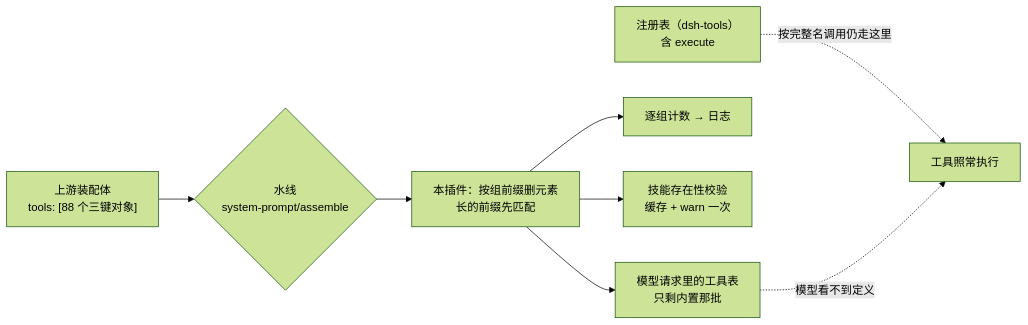
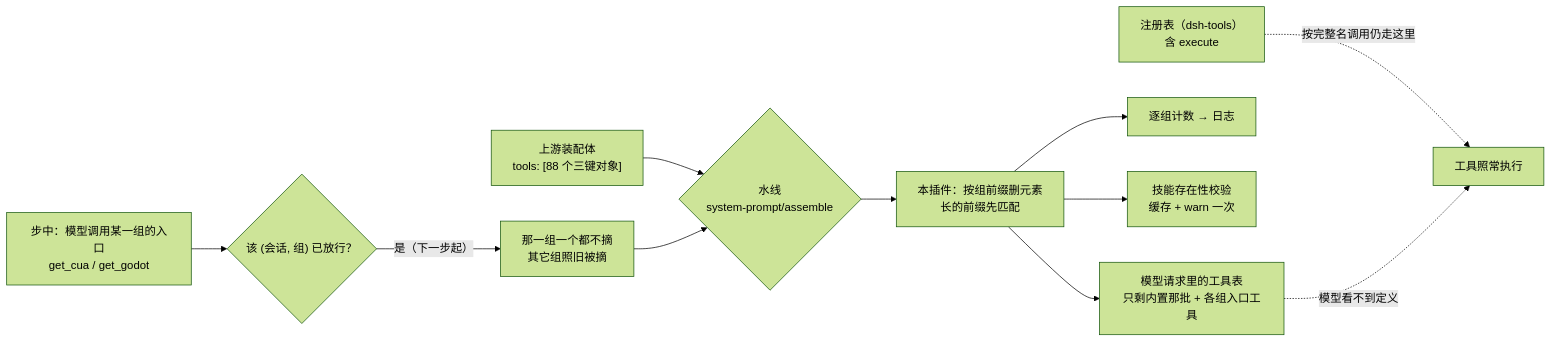
The diagram in README.md (liuyun847/dsh-host-tool-layering), drawn with Mermaid (forest theme) before and after one commit. The commit also changed other lines of this file and 11 other files, not shown here.

````diff
--- a/README.md
+++ b/README.md
@@ -37,10 +64,13 @@
 ```mermaid
 flowchart LR
     A["上游装配体<br/>tools: [88 个三键对象]"] --> B{"水线<br/>system-prompt/assemble"}
     B --> C["本插件：按组前缀删元素<br/>长的前缀先匹配"]
-    C --> D["模型请求里的工具表<br/>只剩内置那批"]
+    C --> D["模型请求里的工具表<br/>只剩内置那批 + 各组入口工具"]
     C --> E["逐组计数 → 日志"]
     C --> F["技能存在性校验<br/>缓存 + warn 一次"]
     G["注册表（dsh-tools）<br/>含 execute"] -.->|"按完整名调用仍走这里"| H["工具照常执行"]
     D -.->|"模型看不到定义"| H
+    I["步中：模型调用某一组的入口<br/>get_cua / get_godot"] --> J{"该 (会话, 组) 已放行？"}
+    J -->|"是（下一步起）"| K["那一组一个都不摘<br/>其它组照旧被摘"]
+    K --> B
 ```
````
